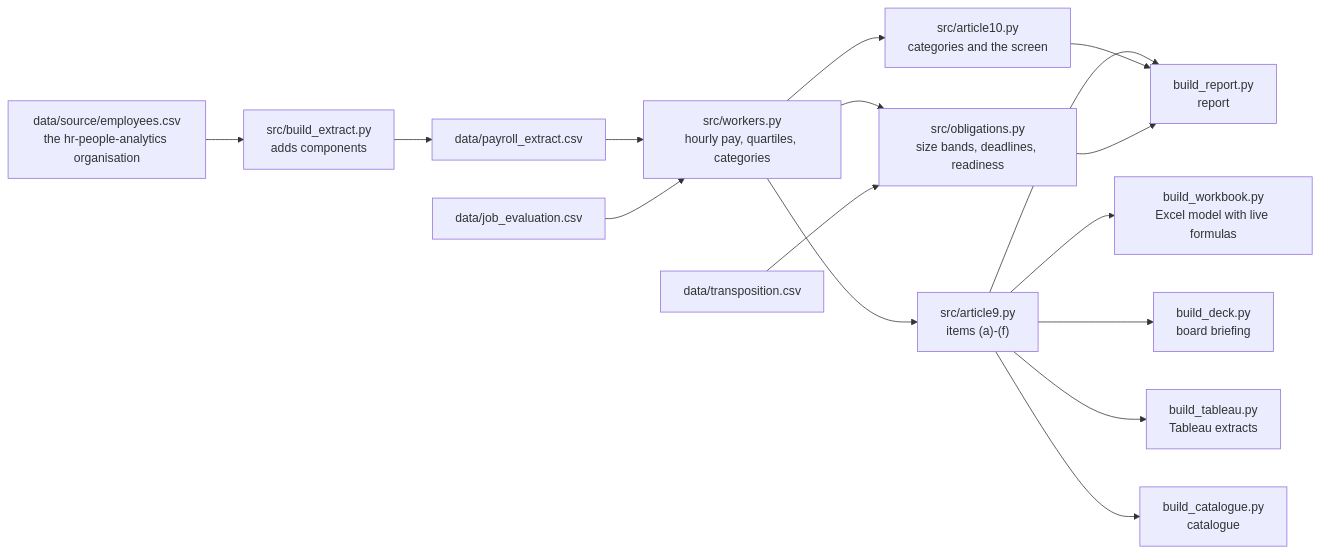
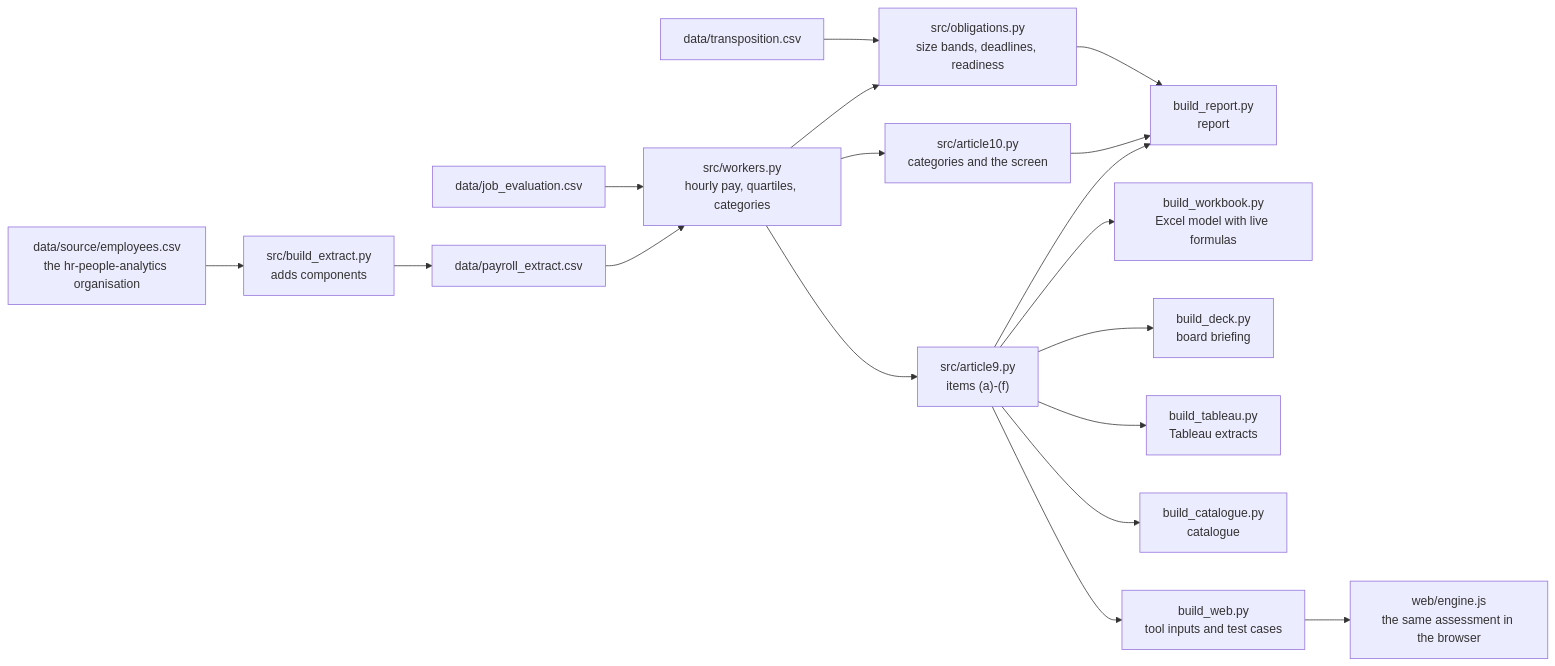
One commit to D0M3N1C0X/pay-transparency-readiness-kit changed the diagram in docs/architecture.md. Above: the diagram before and after it, drawn with Mermaid. The commit also changed other lines of this file and 21 other files, not shown here.

First line of the commit message:
Browser tool: the assessment on a client's own payroll, without the file leaving the computer

````diff
--- a/docs/architecture.md
+++ b/docs/architecture.md
@@ -8,18 +9,20 @@
 ```mermaid
 flowchart LR
     S["data/source/employees.csv<br>the hr-people-analytics organisation"] --> X["src/build_extract.py<br>adds components"]
     X --> E["data/payroll_extract.csv"]
     E --> W["src/workers.py<br>hourly pay, quartiles, categories"]
     J["data/job_evaluation.csv"] --> W
     W --> A9["src/article9.py<br>items (a)-(f)"]
     W --> A10["src/article10.py<br>categories and the screen"]
     W --> O["src/obligations.py<br>size bands, deadlines, readiness"]
     T["data/transposition.csv"] --> O
     A9 --> R["build_report.py<br>report"]
     A10 --> R
     O --> R
     A9 --> X2["build_workbook.py<br>Excel model with live formulas"]
     A9 --> D["build_deck.py<br>board briefing"]
     A9 --> TB["build_tableau.py<br>Tableau extracts"]
     A9 --> C["build_catalogue.py<br>catalogue"]
+    A9 --> WB["build_web.py<br>tool inputs and test cases"]
+    WB --> JS["web/engine.js<br>the same assessment in the browser"]
 ```
````
